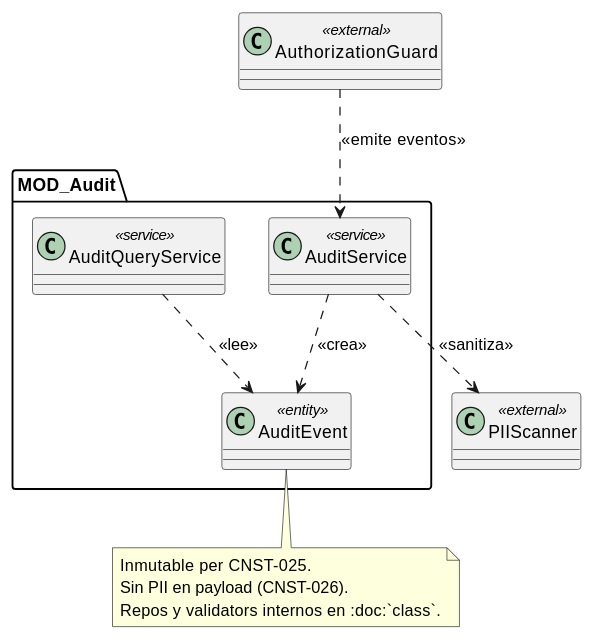
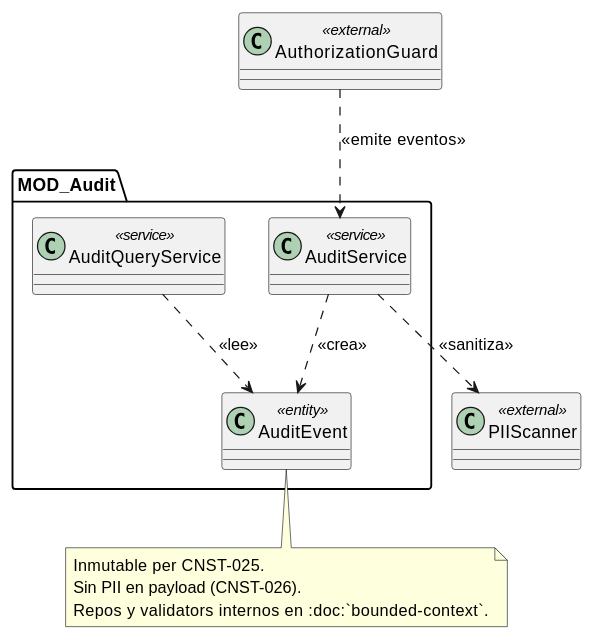
One commit to jcg-admin/IACT-docs changed the diagram in source/arquitectura-tecnica/design-view/audit/index.rst. Above: the diagram before and after it, drawn with PlantUML. The commit also changed other lines of this file and 97 other files, not shown here.

```diff
--- a/source/arquitectura-tecnica/design-view/audit/index.rst
+++ b/source/arquitectura-tecnica/design-view/audit/index.rst
@@ -31,30 +31,30 @@
 .. uml::
  :caption: MOD_Audit — entidad central (AuditEvent),
            servicios productor (AuditService) y consumidor
            (AuditQueryService). Detalle interno en
-           :doc:`class`.
+           :doc:`bounded-context`.
 
  @startuml
 
  package "MOD_Audit" {
    class AuditEvent <<entity>>
    class AuditService <<service>>
    class AuditQueryService <<service>>
  }
 
  class AuthorizationGuard <<external>>
  class PIIScanner <<external>>
 
  AuditService ..> AuditEvent : <<crea>>
  AuthorizationGuard ..> AuditService : <<emite eventos>>
  AuditService ..> PIIScanner : <<sanitiza>>
 
  AuditQueryService ..> AuditEvent : <<lee>>
 
  note bottom of AuditEvent
    Inmutable per CNST-025.
    Sin PII en payload (CNST-026).
-   Repos y validators internos en :doc:`class`.
+   Repos y validators internos en :doc:`bounded-context`.
  end note
 
  @enduml
```
